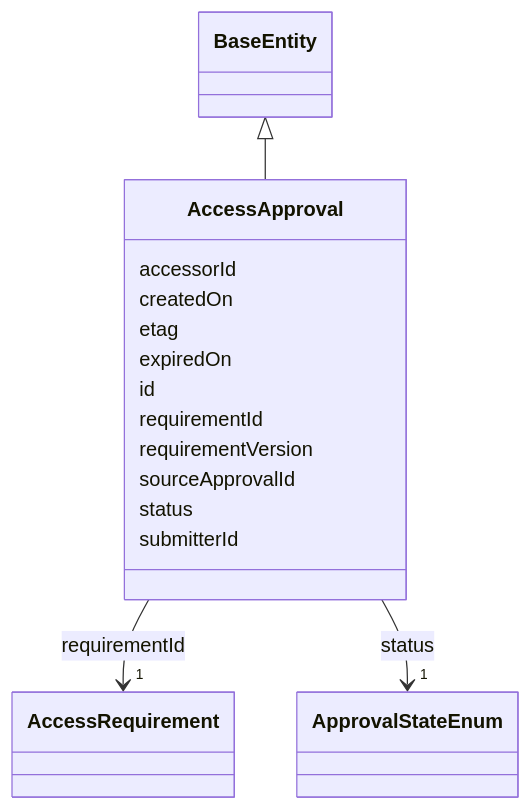
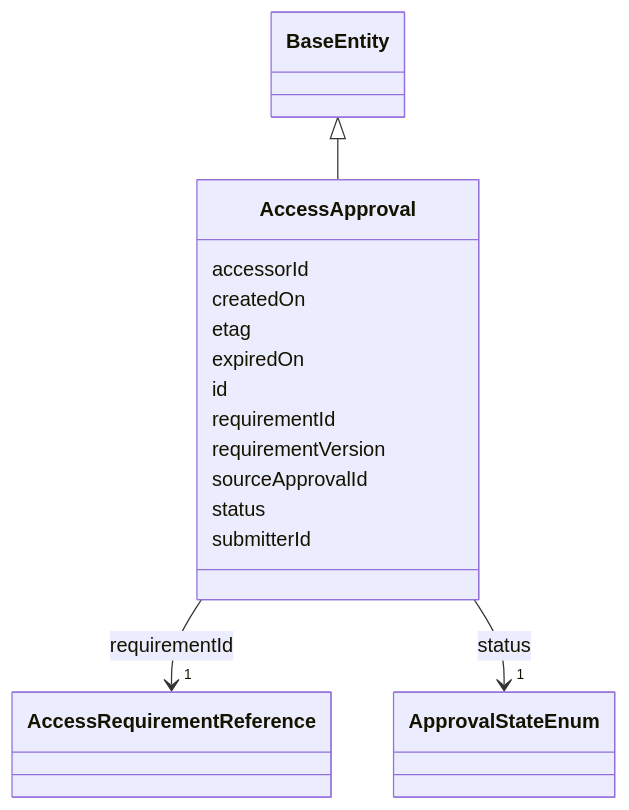
Before and after one commit to mc2-center/governanceDUO: the diagram in docs/reference/classes/AccessApproval.md, drawn with Mermaid. The commit also changed other lines of this file and 18 other files, not shown here.

First line of the commit message:
Update docs for the AccessRequirementReference class

````diff
--- a/docs/reference/classes/AccessApproval.md
+++ b/docs/reference/classes/AccessApproval.md
@@ -25,47 +25,47 @@
 ```mermaid
  classDiagram
     class AccessApproval
     click AccessApproval href "../../classes/AccessApproval/"
       BaseEntity <|-- AccessApproval
         click BaseEntity href "../../classes/BaseEntity/"
       
       AccessApproval : accessorId
         
       AccessApproval : createdOn
         
       AccessApproval : etag
         
       AccessApproval : expiredOn
         
       AccessApproval : id
         
       AccessApproval : requirementId
         
           
     
         
         
-        AccessApproval --> "1" AccessRequirement : requirementId
-        click AccessRequirement href "../../classes/AccessRequirement/"
+        AccessApproval --> "1" AccessRequirementReference : requirementId
+        click AccessRequirementReference href "../../classes/AccessRequirementReference/"
     
 
         
       AccessApproval : requirementVersion
         
       AccessApproval : sourceApprovalId
         
       AccessApproval : status
         
           
     
         
         
         AccessApproval --> "1" ApprovalStateEnum : status
         click ApprovalStateEnum href "../../enums/ApprovalStateEnum/"
     
 
         
       AccessApproval : submitterId
         
       
 ```
````
